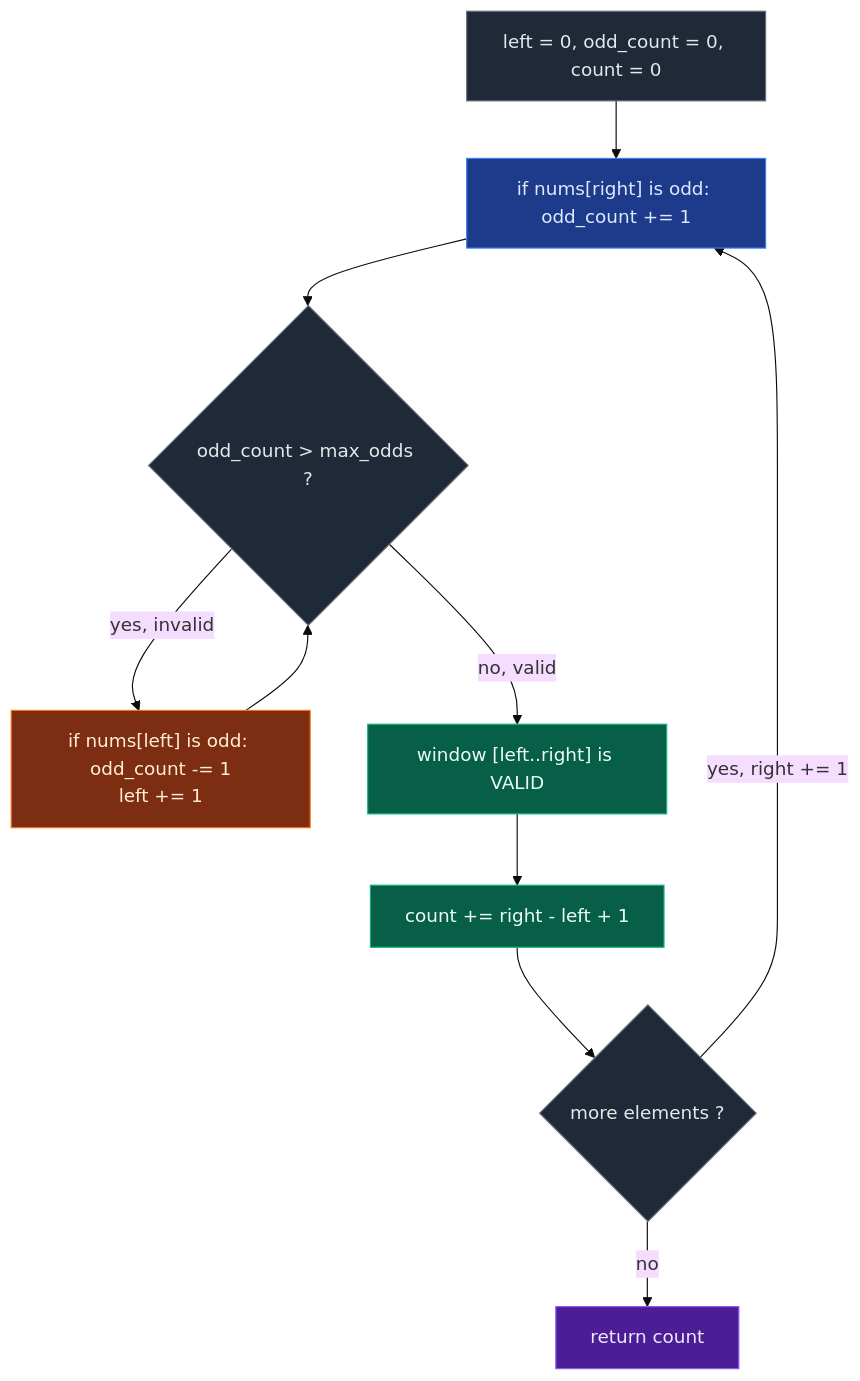
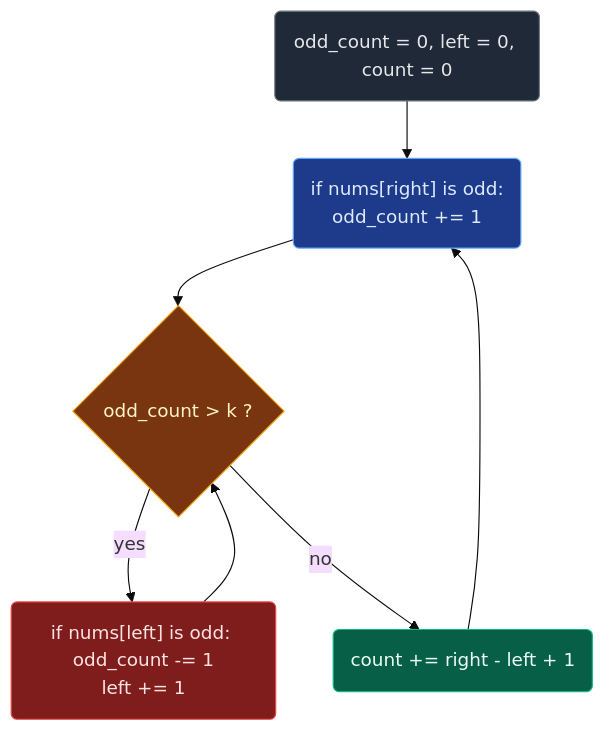
Before and after one commit to ajay-nikumbh/dsa-notes: the fourth of 8 diagrams in 04. Sliding window/04. At Most Trick/02. 1248. Count Number of Nice Subarrays.md, drawn with Mermaid (base theme). The commit also changed other lines of this file, not shown here.

First line of the commit message:
Sliding Window 11: rewrite 1248 Count Number of Nice Subarrays

````diff
--- a/04. Sliding window/04. At Most Trick/02. 1248. Count Number of Nice Subarrays.md
+++ b/04. Sliding window/04. At Most Trick/02. 1248. Count Number of Nice Subarrays.md
@@ -134,29 +140,15 @@
 ```mermaid
 flowchart TD
-    A["left = 0, odd_count = 0, count = 0"]:::start
-    B["if nums[right] is odd: odd_count += 1"]:::expand
-    C{"odd_count > max_odds ?"}:::check
-    D["if nums[left] is odd: odd_count -= 1<br/>left += 1"]:::shrink
-    E["window [left..right] is VALID"]:::valid
-    F["count += right - left + 1"]:::calc
-    G{"more elements ?"}:::check
-    H["return count"]:::done
-
-    A --> B
-    B --> C
-    C -- "yes, invalid" --> D
+    A("odd_count = 0, left = 0, count = 0"):::start --> B("if nums[right] is odd:<br/>odd_count += 1"):::expand
+    B --> C{"odd_count > k ?"}:::check
+    C -->|yes| D("if nums[left] is odd: odd_count -= 1<br/>left += 1"):::shrink
     D --> C
-    C -- "no, valid" --> E
-    E --> F
-    F --> G
-    G -- "yes, right += 1" --> B
-    G -- "no" --> H
+    C -->|no| F("count += right - left + 1"):::calc
+    F --> B
 
     classDef start fill:#1f2937,stroke:#6b7280,color:#e5e7eb
-    classDef expand fill:#1e3a8a,stroke:#3b82f6,color:#dbeafe
-    classDef shrink fill:#7c2d12,stroke:#f97316,color:#ffedd5
-    classDef check fill:#1f2937,stroke:#6b7280,color:#e5e7eb
-    classDef valid fill:#065f46,stroke:#10b981,color:#ecfdf5
+    classDef expand fill:#1e3a8a,stroke:#60a5fa,color:#dbeafe
+    classDef check fill:#78350f,stroke:#f59e0b,color:#fef3c7
+    classDef shrink fill:#7f1d1d,stroke:#ef4444,color:#fee2e2
     classDef calc fill:#065f46,stroke:#10b981,color:#ecfdf5
-    classDef done fill:#4c1d95,stroke:#8b5cf6,color:#ede9fe
 ```
````
